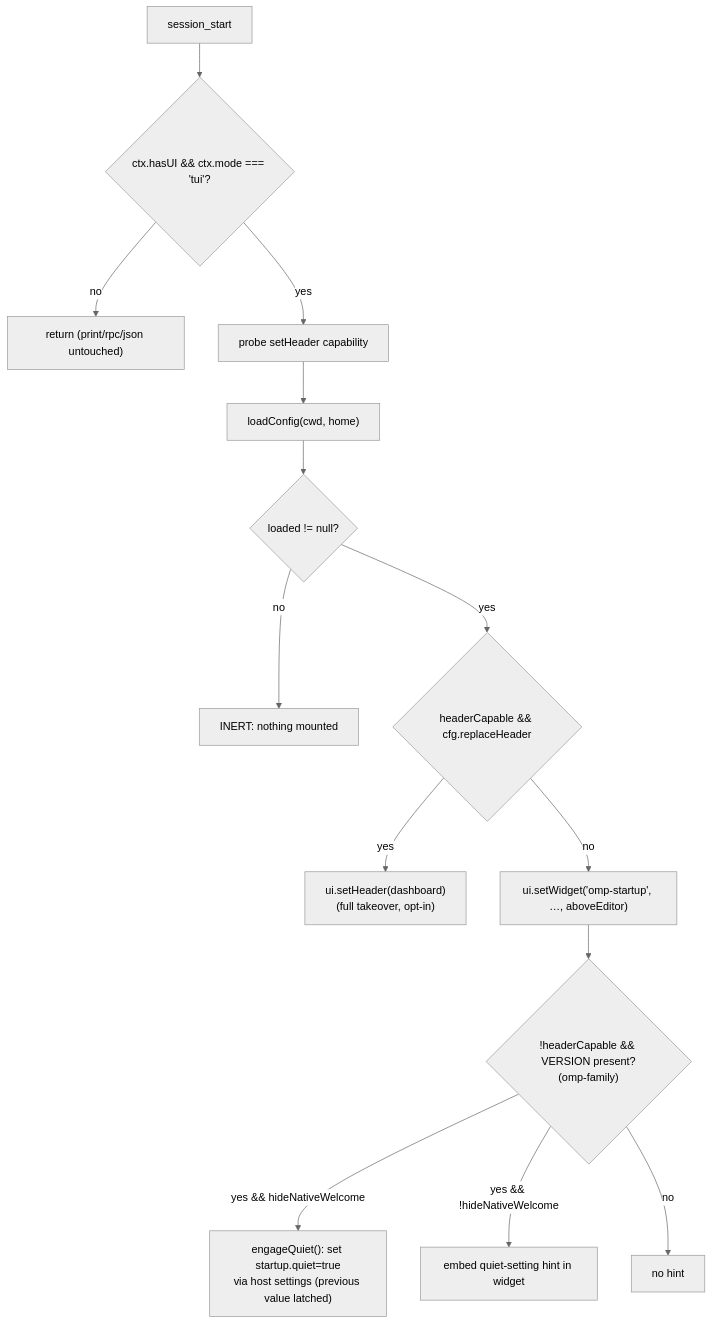
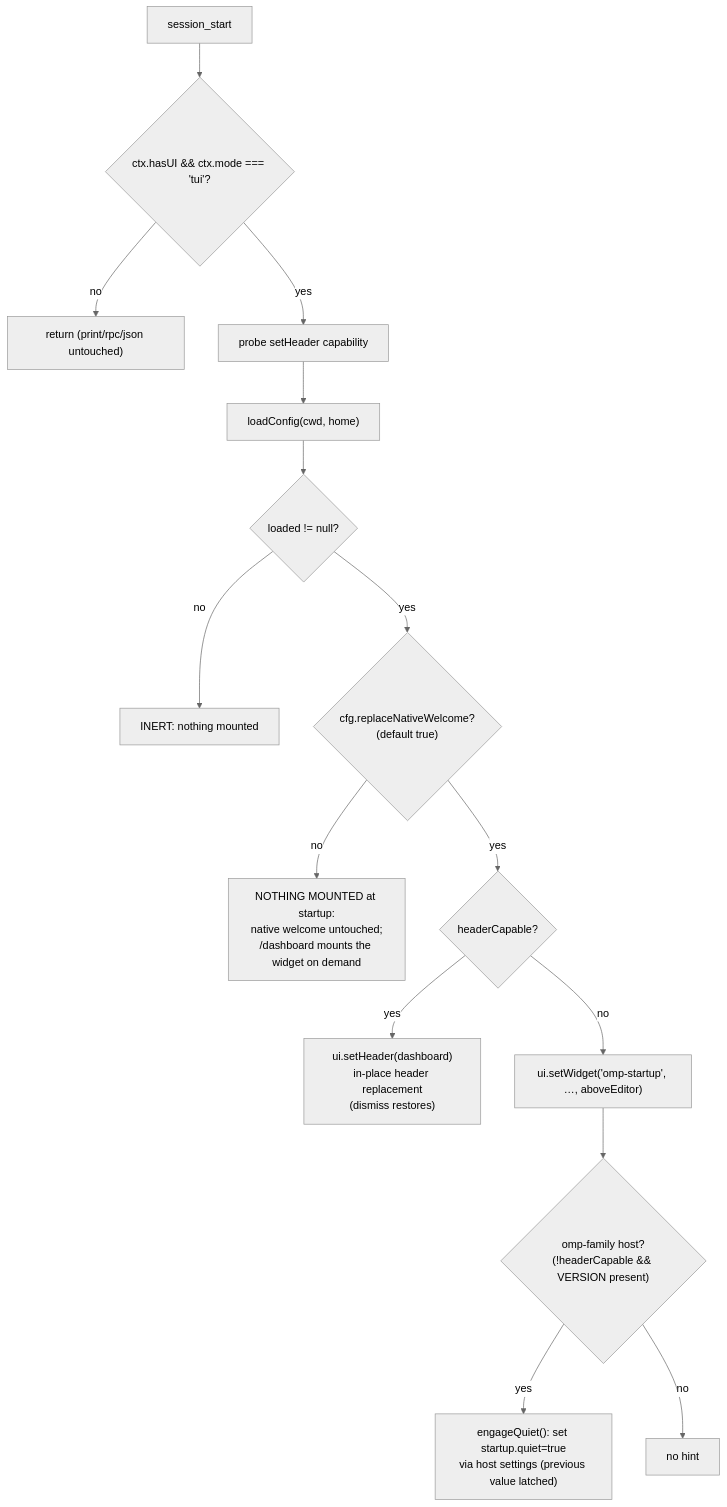
The second of 5 diagrams in docs/ARCHITECTURE.md (zhulinchng/omp-startup), drawn with Mermaid (neutral theme) before and after one commit. The commit also changed other lines of this file and 9 other files, not shown here.

First line of the commit message:
Replace replaceHeader/hideNativeWelcome with default-true replaceNativeWelcome

````diff
--- a/docs/ARCHITECTURE.md
+++ b/docs/ARCHITECTURE.md
@@ -115,16 +116,17 @@
 ```mermaid
 flowchart TD
     A["session_start"] --> B{"ctx.hasUI && ctx.mode === 'tui'?"}
     B -- no --> Z["return (print/rpc/json untouched)"]
     B -- yes --> C["probe setHeader capability"]
     C --> D["loadConfig(cwd, home)"]
     D --> E{"loaded != null?"}
     E -- no --> Z2["INERT: nothing mounted"]
-    E -- yes --> F{"headerCapable && cfg.replaceHeader"}
-    F -- yes --> G["ui.setHeader(dashboard)<br/>(full takeover, opt-in)"]
-    F -- no --> H["ui.setWidget('omp-startup', …, aboveEditor)"]
-    H --> I{"!headerCapable && VERSION present?<br/>(omp-family)"}
-    I -- "yes && hideNativeWelcome" --> J2["engageQuiet(): set startup.quiet=true<br/>via host settings (previous value latched)"]
-    I -- "yes && !hideNativeWelcome" --> J["embed quiet-setting hint in widget"]
+    E -- yes --> F{"cfg.replaceNativeWelcome?<br/>(default true)"}
+    F -- "no" --> Z3["NOTHING MOUNTED at startup:<br/>native welcome untouched;<br/>/dashboard mounts the widget on demand"]
+    F -- yes --> G{"headerCapable?"}
+    G -- yes --> H2["ui.setHeader(dashboard)<br/>in-place header replacement<br/>(dismiss restores)"]
+    G -- no --> H["ui.setWidget('omp-startup', …, aboveEditor)"]
+    H --> I{"omp-family host?<br/>(!headerCapable && VERSION present)"}
+    I -- yes --> J2["engageQuiet(): set startup.quiet=true<br/>via host settings (previous value latched)"]
     I -- no --> K["no hint"]
 ```
````
